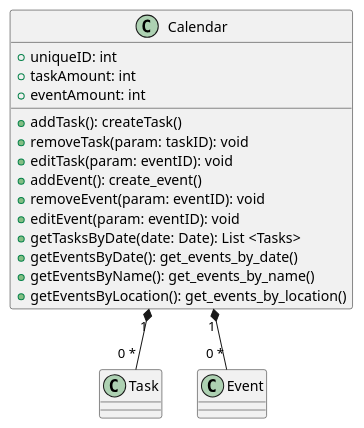
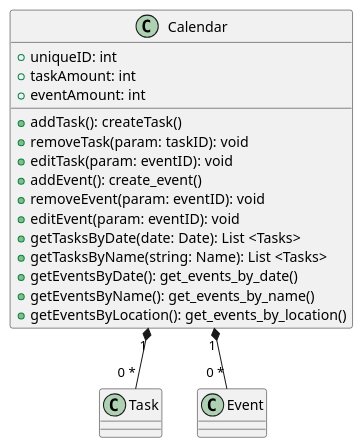
The diagram in assignment6/calendar.puml (CS361-2024Fall-Term/Innovators), drawn with PlantUML before and after one commit.

Commit message:
added task search methods

```diff
--- a/assignment6/calendar.puml
+++ b/assignment6/calendar.puml
@@ -1,28 +1,29 @@
 @startuml
 
 class Calendar {
   +uniqueID: int  
   +taskAmount: int
   +eventAmount: int
   +addTask(): createTask()
   +removeTask(param: taskID): void
   +editTask(param: eventID): void
   +addEvent(): create_event()
   +removeEvent(param: eventID): void
   +editEvent(param: eventID): void
   +getTasksByDate(date: Date): List <Tasks>
+  +getTasksByName(string: Name): List <Tasks>
   +getEventsByDate(): get_events_by_date()
   +getEventsByName(): get_events_by_name()
   +getEventsByLocation(): get_events_by_location()
 }
 
 class Task {
 }
 
 class Event {
 }
 
 Calendar "1" *-- "0 *" Task
 Calendar "1" *-- "0 *" Event
 
 @enduml
```
